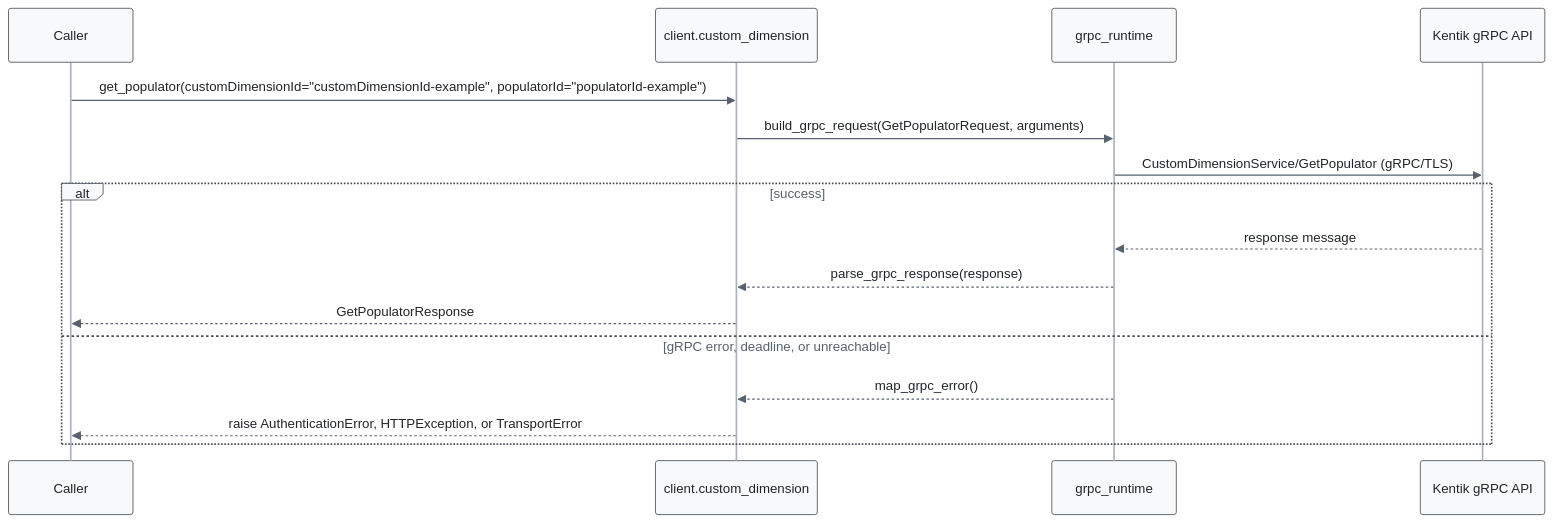
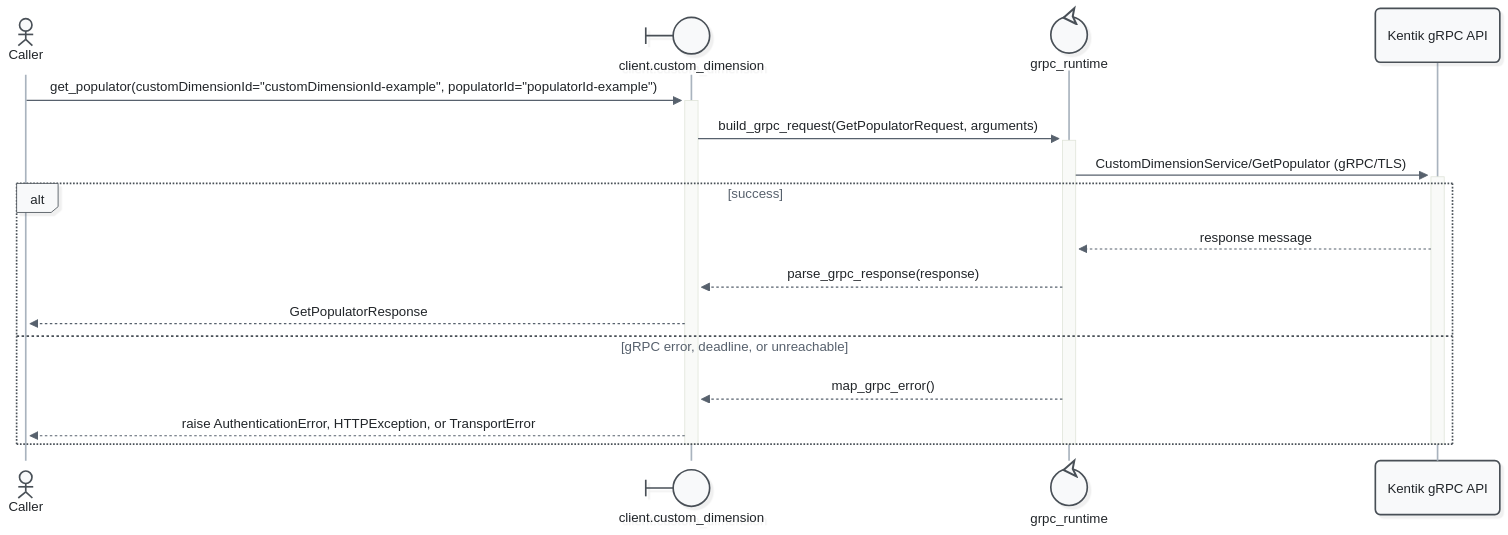
One commit to alexdearaujo/community_sdk_python changed diagram 12 of 21 in docs/sphinx/services/custom_dimension.md. Above: the diagram before and after it, drawn with Mermaid. The commit also changed other lines of this file and 52 other files, not shown here.

First line of the commit message:
docs: Mermaid 12 sequence diagrams with participant types and path colors

````diff
--- a/docs/sphinx/services/custom_dimension.md
+++ b/docs/sphinx/services/custom_dimension.md
@@ -443,20 +470,23 @@
 ```mermaid
-%%{init: {"theme": "base", "fontFamily": "ui-monospace, SFMono-Regular, Menlo, monospace", "themeVariables": {"fontFamily": "ui-monospace, SFMono-Regular, Menlo, monospace", "primaryColor": "#f8f9fa", "primaryBorderColor": "#495057", "primaryTextColor": "#212529", "textColor": "#212529", "lineColor": "#77818c", "edgeLabelBackground": "#ffffff", "actorBkg": "#f8f9fa", "actorBorder": "#495057", "actorTextColor": "#212529", "actorLineColor": "#a9b3be", "signalColor": "#57616d", "signalTextColor": "#212529", "labelBoxBkgColor": "#f8f9fa", "labelBoxBorderColor": "#495057", "labelTextColor": "#212529", "loopTextColor": "#57616d", "noteBkgColor": "#fff9db", "noteBorderColor": "#f08c00", "noteTextColor": "#a35a00"}, "flowchart": {"curve": "step", "nodeSpacing": 30, "rankSpacing": 70, "wrappingWidth": 400}}}%%
+%%{init: {"theme": "redux", "look": "neo", "layout": "dagre", "fontFamily": "ui-monospace, SFMono-Regular, Menlo, monospace", "themeVariables": {"fontFamily": "ui-monospace, SFMono-Regular, Menlo, monospace", "primaryColor": "#f8f9fa", "primaryBorderColor": "#495057", "primaryTextColor": "#212529", "textColor": "#212529", "lineColor": "#77818c", "edgeLabelBackground": "#ffffff", "actorBkg": "#f8f9fa", "actorBorder": "#495057", "actorTextColor": "#212529", "actorLineColor": "#a9b3be", "signalColor": "#57616d", "signalTextColor": "#212529", "labelBoxBkgColor": "#f8f9fa", "labelBoxBorderColor": "#495057", "labelTextColor": "#212529", "loopTextColor": "#57616d", "noteBkgColor": "#fff9db", "noteBorderColor": "#f08c00", "noteTextColor": "#a35a00"}, "sequence": {"activationWidth": 16}, "flowchart": {"curve": "step", "nodeSpacing": 30, "rankSpacing": 70, "wrappingWidth": 400}}}%%
 sequenceDiagram
-    participant C as Caller
-    participant W as client.custom_dimension
-    participant R as grpc_runtime
+    actor C as Caller
+    participant W@{ "type": "boundary" } as client.custom_dimension
+    participant R@{ "type": "control" } as grpc_runtime
     participant API as Kentik gRPC API
 
-    C->>W: get_populator(customDimensionId="customDimensionId-example", populatorId="populatorId-example")
-    W->>R: build_grpc_request(GetPopulatorRequest, arguments)
-    R->>API: CustomDimensionService/GetPopulator (gRPC/TLS)
+    C->>+W: get_populator(customDimensionId="customDimensionId-example", populatorId="populatorId-example")
+    W->>+R: build_grpc_request(GetPopulatorRequest, arguments)
+    R->>+API: CustomDimensionService/GetPopulator (gRPC/TLS)
     alt success
         API-->>R: response message
         R-->>W: parse_grpc_response(response)
         W-->>C: GetPopulatorResponse
     else gRPC error, deadline, or unreachable
         R-->>W: map_grpc_error()
         W-->>C: raise AuthenticationError, HTTPException, or TransportError
     end
+    deactivate API
+    deactivate R
+    deactivate W
 ```
````
